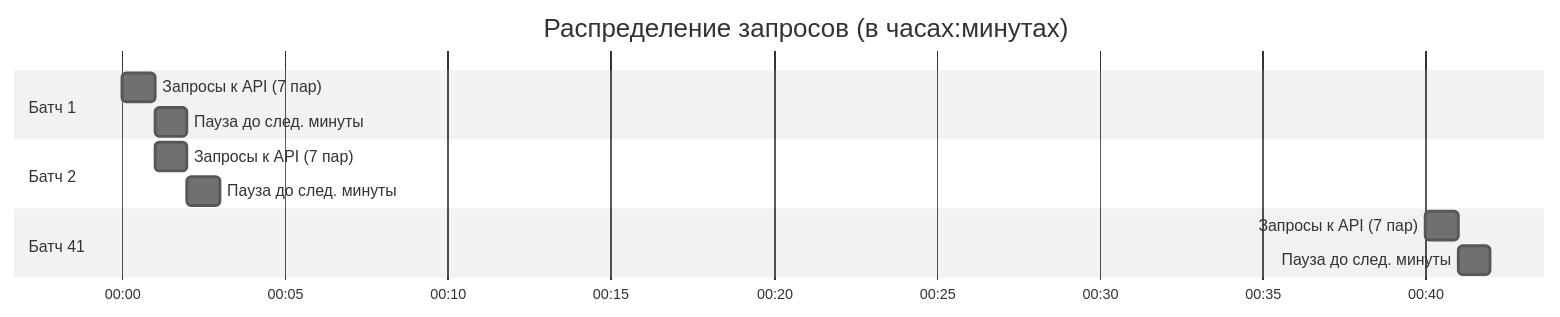
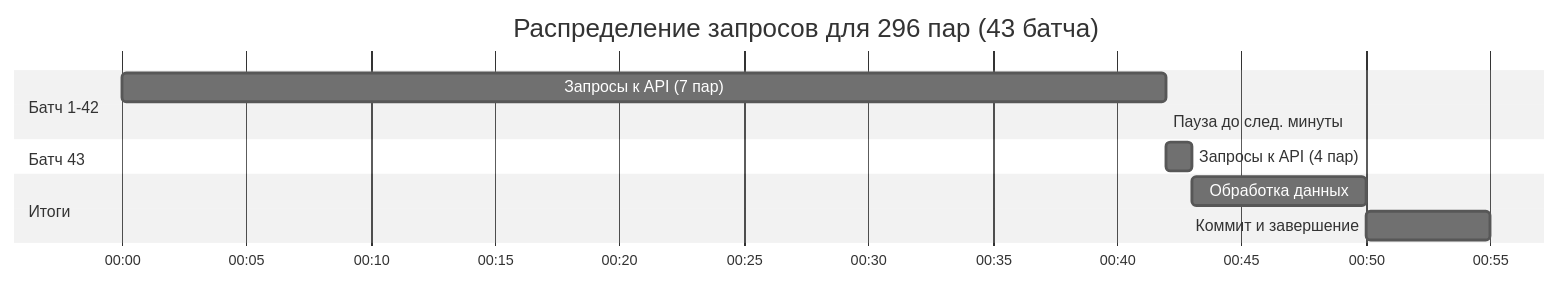
Before and after one commit to prog815/abscur3: the second of 2 diagrams in scripts/daily_update/README.md, drawn with Mermaid (neutral theme). The commit also changed other lines of this file and 2 other files, not shown here.

First line of the commit message:
prod: переход от тестового режима (10 пар) к полному обновлению 296 пар

````diff
--- a/scripts/daily_update/README.md
+++ b/scripts/daily_update/README.md
@@ -121,18 +107,17 @@
 ```mermaid
 gantt
-    title Распределение запросов (в часах:минутах)
+    title Распределение запросов для 296 пар (43 батча)
     dateFormat  HH:mm
     axisFormat %H:%M
     
-    section Батч 1
-    Запросы к API (7 пар) : 00:00, 1m
-    Пауза до след. минуты : 00:01, 59s
+    section Батч 1-42
+    Запросы к API (7 пар) : 00:00, 42m
+    Пауза до след. минуты : после каждого батча
     
-    section Батч 2
-    Запросы к API (7 пар) : 00:01, 1m
-    Пауза до след. минуты : 00:02, 59s
+    section Батч 43
+    Запросы к API (4 пар) : 00:42, 1m
     
-    section Батч 41
-    Запросы к API (7 пар) : 00:40, 1m
-    Пауза до след. минуты : 00:41, 59s
+    section Итоги
+    Обработка данных : 00:43, 7m
+    Коммит и завершение : 00:50, 5m
 ```
````
